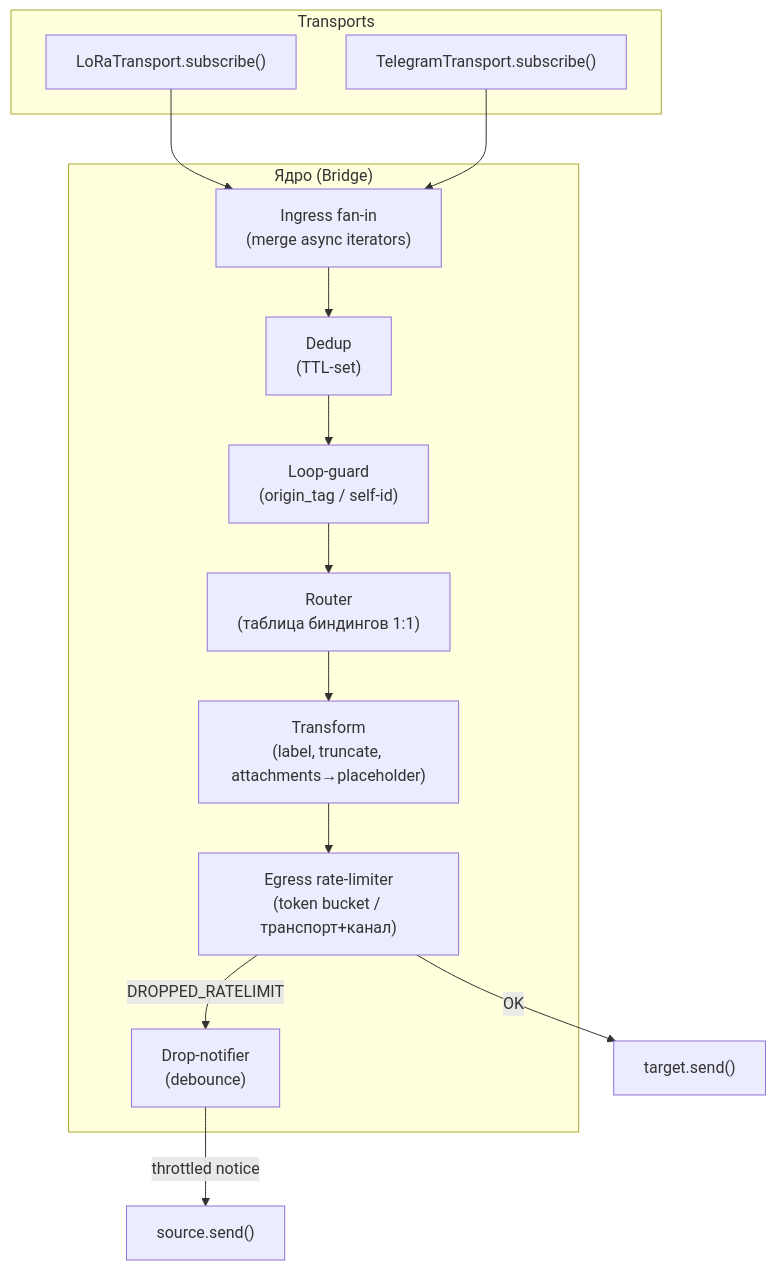
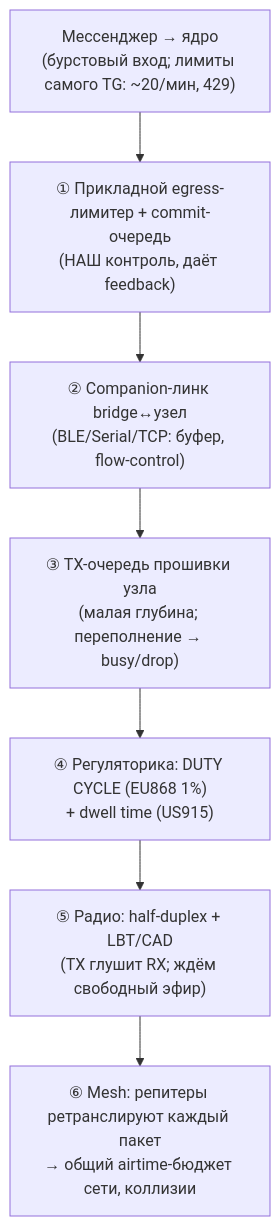
Before and after one commit to Flexlug/LoRa-Bridge: the fifth of 10 diagrams in docs/ARCHITECTURE.md, drawn with Mermaid. The commit also changed other lines of this file, not shown here.

First line of the commit message:
docs: pivot to client-server commit-log architecture

````diff
--- a/docs/ARCHITECTURE.md
+++ b/docs/ARCHITECTURE.md
@@ -333,24 +388,10 @@
 ```mermaid
 flowchart TB
-    subgraph Transports
-      L["LoRaTransport.subscribe()"]
-      T["TelegramTransport.subscribe()"]
-    end
-
-    subgraph Core["Ядро (Bridge)"]
-      HUB["Ingress fan-in\n(merge async iterators)"]
-      DEDUP["Dedup\n(TTL-set)"]
-      LOOP["Loop-guard\n(origin_tag / self-id)"]
-      ROUTE["Router\n(таблица биндингов 1:1)"]
-      XFORM["Transform\n(label, truncate, attachments→placeholder)"]
-      RL["Egress rate-limiter\n(token bucket / транспорт+канал)"]
-      NOTIFY["Drop-notifier\n(debounce)"]
-    end
-
-    L --> HUB
-    T --> HUB
-    HUB --> DEDUP --> LOOP --> ROUTE --> XFORM --> RL
-    RL -->|OK| OUT["target.send()"]
-    RL -->|DROPPED_RATELIMIT| NOTIFY
-    NOTIFY -->|"throttled notice"| OUT2["source.send()"]
+    A["Мессенджер → ядро\n(бурстовый вход; лимиты самого TG: ~20/мин, 429)"] --> B
+    B["① Прикладной egress-лимитер + commit-очередь\n(НАШ контроль, даёт feedback)"] --> C
+    C["② Companion-линк bridge↔узел\n(BLE/Serial/TCP: буфер, flow-control)"] --> D
+    D["③ TX-очередь прошивки узла\n(малая глубина; переполнение → busy/drop)"] --> E
+    E["④ Регуляторика: DUTY CYCLE (EU868 1%)\n+ dwell time (US915)"] --> F
+    F["⑤ Радио: half-duplex + LBT/CAD\n(TX глушит RX; ждём свободный эфир)"] --> G
+    G["⑥ Mesh: репитеры ретранслируют каждый пакет\n→ общий airtime-бюджет сети, коллизии"]
 ```
````
